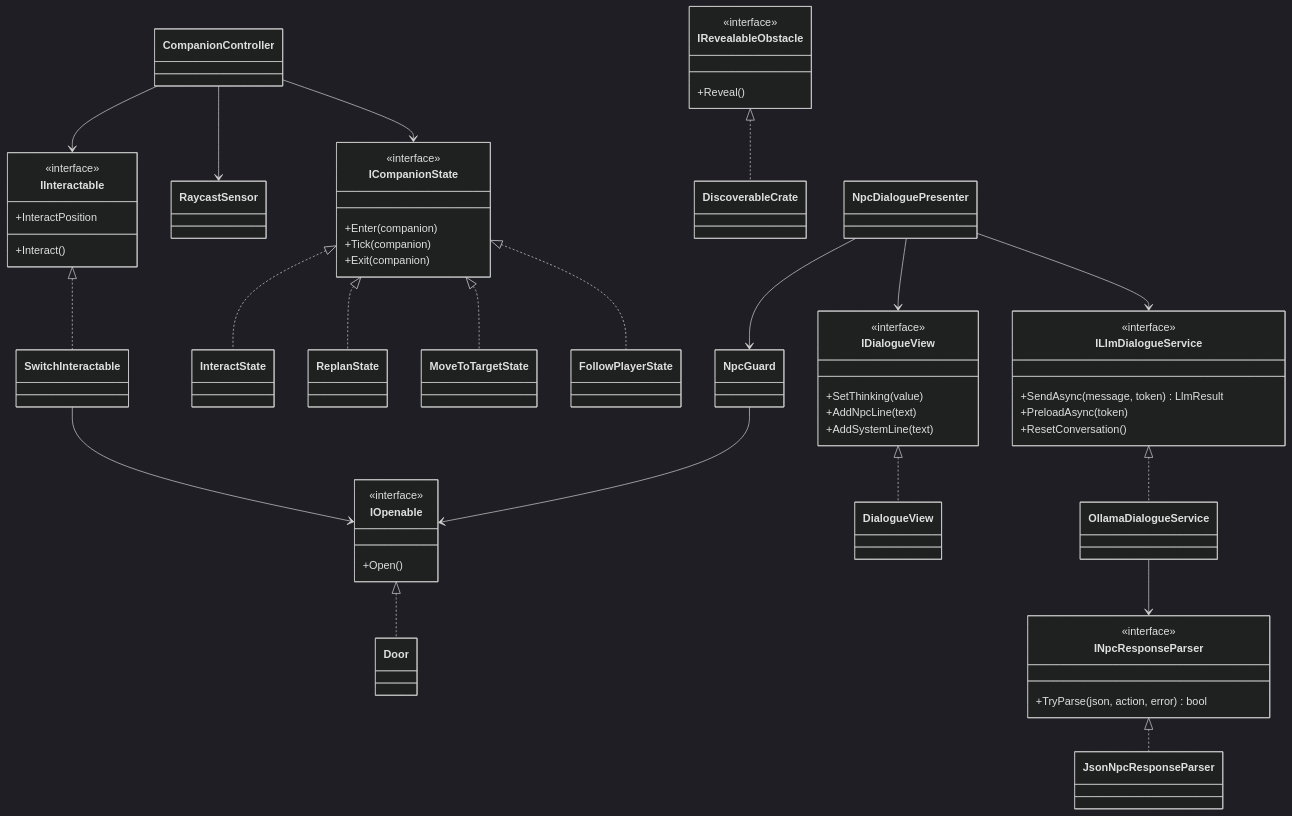
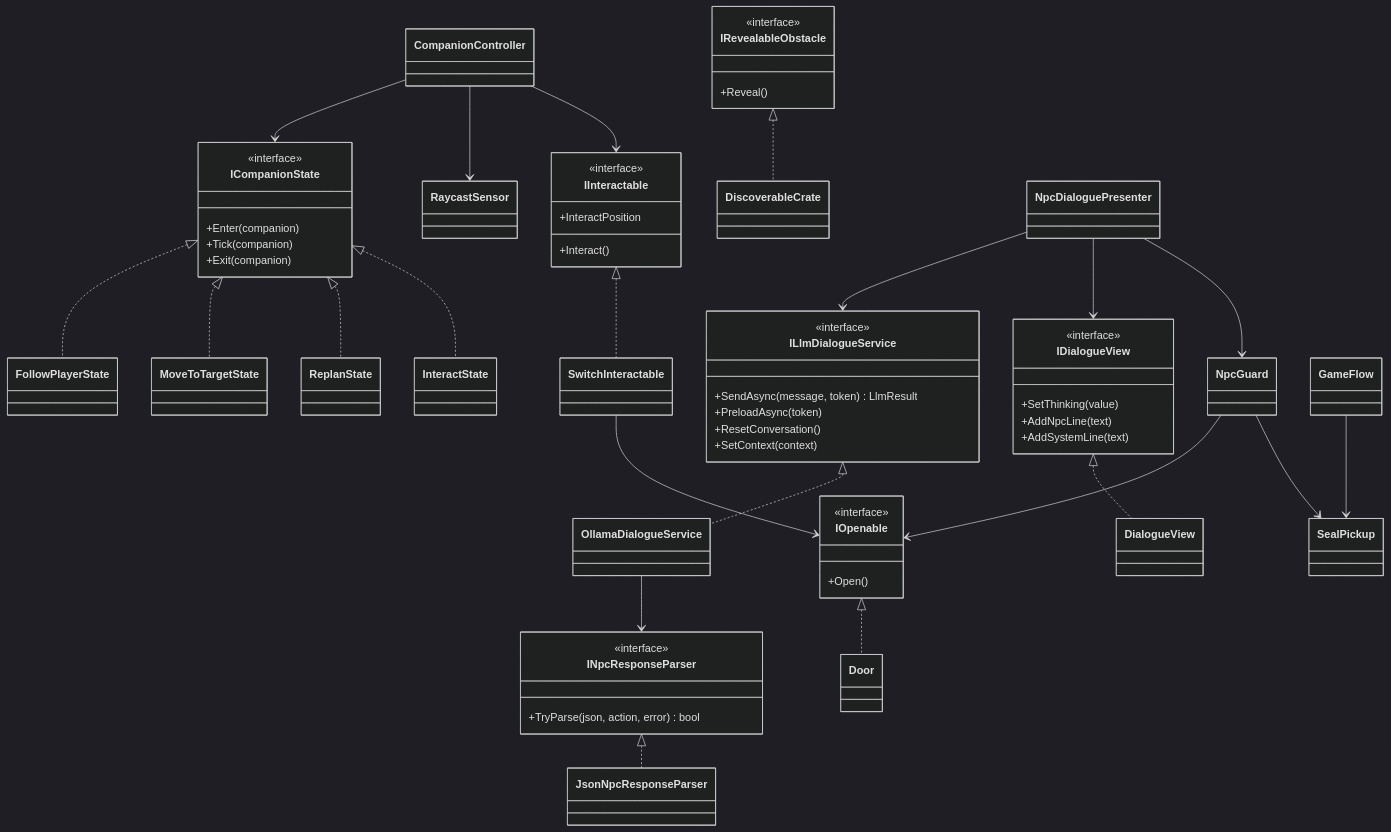
The first of 4 diagrams in README.md (serifealeynaon/YazLab1-Proje1), drawn with Mermaid (dark theme) before and after one commit. The commit also changed other lines of this file, not shown here.

````diff
--- a/README.md
+++ b/README.md
@@ -31,57 +32,60 @@
 ```mermaid
 classDiagram
     class ICompanionState {
         <<interface>>
         +Enter(companion)
         +Tick(companion)
         +Exit(companion)
     }
     class ILlmDialogueService {
         <<interface>>
         +SendAsync(message, token) LlmResult
         +PreloadAsync(token)
         +ResetConversation()
+        +SetContext(context)
     }
     class INpcResponseParser {
         <<interface>>
         +TryParse(json, action, error) bool
     }
     class IInteractable {
         <<interface>>
         +InteractPosition
         +Interact()
     }
     class IOpenable {
         <<interface>>
         +Open()
     }
     class IRevealableObstacle {
         <<interface>>
         +Reveal()
     }
     class IDialogueView {
         <<interface>>
         +SetThinking(value)
         +AddNpcLine(text)
         +AddSystemLine(text)
     }
     ICompanionState <|.. FollowPlayerState
     ICompanionState <|.. MoveToTargetState
     ICompanionState <|.. ReplanState
     ICompanionState <|.. InteractState
     CompanionController --> ICompanionState
     CompanionController --> RaycastSensor
     CompanionController --> IInteractable
     IInteractable <|.. SwitchInteractable
     IRevealableObstacle <|.. DiscoverableCrate
     IOpenable <|.. Door
     SwitchInteractable --> IOpenable
     ILlmDialogueService <|.. OllamaDialogueService
     INpcResponseParser <|.. JsonNpcResponseParser
     OllamaDialogueService --> INpcResponseParser
     IDialogueView <|.. DialogueView
     NpcDialoguePresenter --> ILlmDialogueService
     NpcDialoguePresenter --> IDialogueView
     NpcDialoguePresenter --> NpcGuard
     NpcGuard --> IOpenable
+    NpcGuard --> SealPickup
+    GameFlow --> SealPickup
 ```
````
